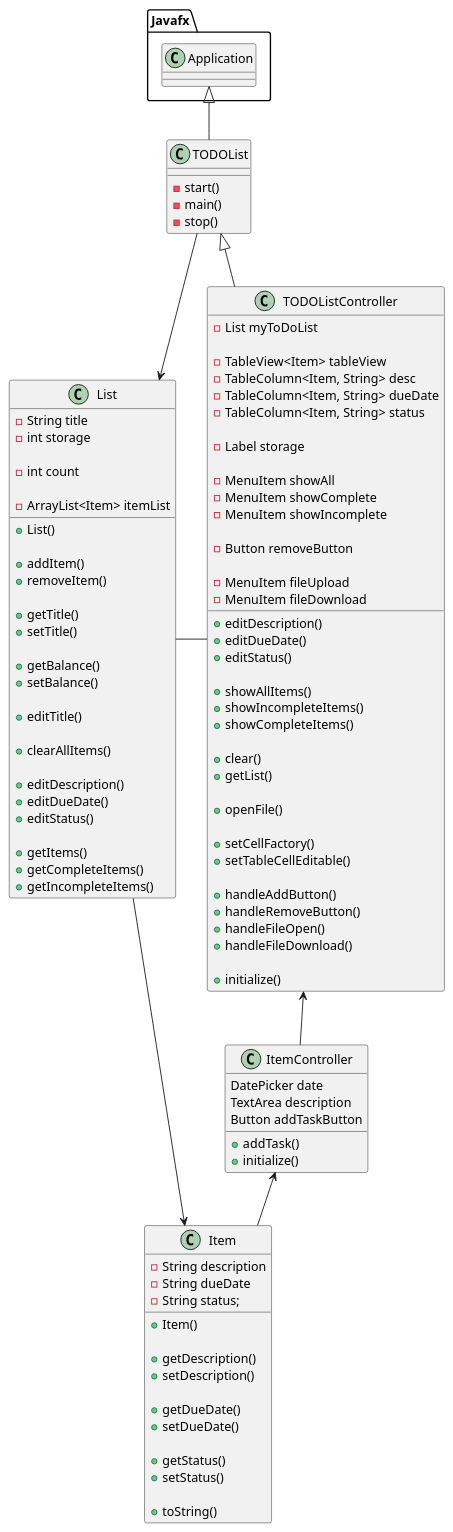
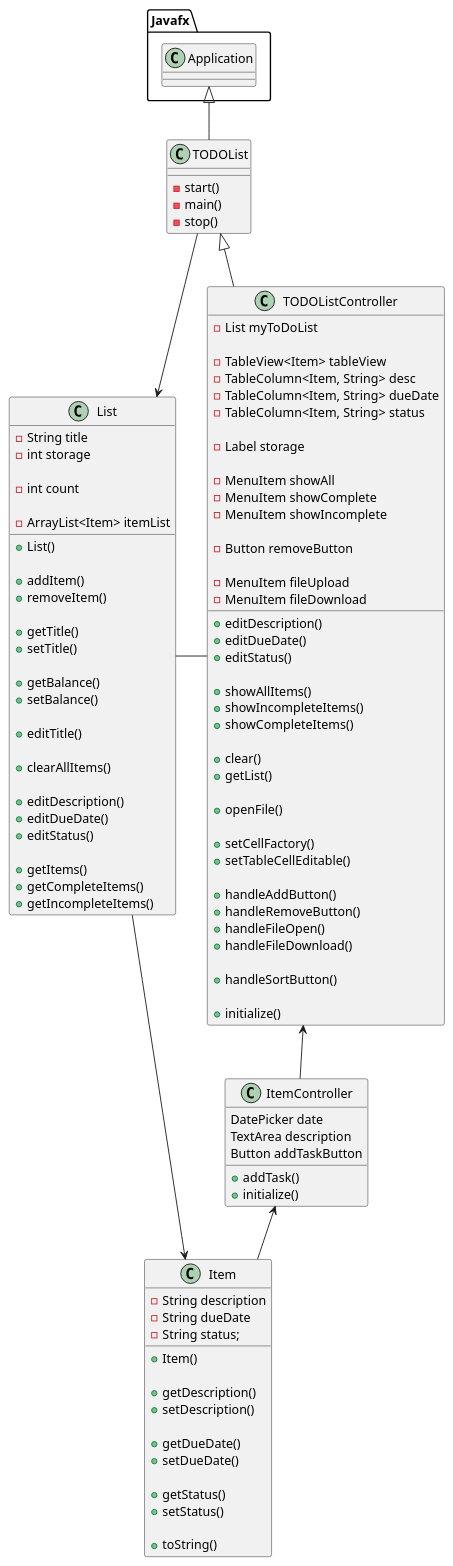
Before and after one commit to annbinus/To-Do-App: the diagram in uml/ListClasses.puml, drawn with PlantUML.

Commit message:
Final Update

```diff
--- a/uml/ListClasses.puml
+++ b/uml/ListClasses.puml
@@ -1,134 +1,136 @@
 @startuml
 'https://plantuml.com/class-diagram
 
 class TODOList{
 -start()
 -main()
 -stop()
 }
 
 class TODOListController{
 
 -List myToDoList
 
 -TableView<Item> tableView
 -TableColumn<Item, String> desc
 -TableColumn<Item, String> dueDate
 -TableColumn<Item, String> status
 
 -Label storage
 
 -MenuItem showAll
 -MenuItem showComplete
 -MenuItem showIncomplete
 
 -Button removeButton
 
 -MenuItem fileUpload
 -MenuItem fileDownload
 
 +editDescription()
 +editDueDate()
 +editStatus()
 
 +showAllItems()
 +showIncompleteItems()
 +showCompleteItems()
 
 +clear()
 +getList()
 
 +openFile()
 
 +setCellFactory()
 +setTableCellEditable()
 
 +handleAddButton()
 +handleRemoveButton()
 +handleFileOpen()
 +handleFileDownload()
+
++ handleSortButton()
 
 +initialize()
 
 }
 
 class List{
 
 -String title
 -int storage
 
 -int count
 
 -ArrayList<Item> itemList
 
 +List()
 
 +addItem()
 +removeItem()
 
 +getTitle()
 +setTitle()
 
 +getBalance()
 +setBalance()
 
 +editTitle()
 
 +clearAllItems()
 
 +editDescription()
 +editDueDate()
 +editStatus()
 
 +getItems()
 +getCompleteItems()
 +getIncompleteItems()
 
 }
 
 class Item{
 -String description
 -String dueDate
 -String status;
 
 +Item()
 
 +getDescription()
 +setDescription()
 
 +getDueDate()
 +setDueDate()
 
 +getStatus()
 +setStatus()
 
 +toString()
 
 }
 
 class ItemController{
 
 DatePicker date
 TextArea description
 Button addTaskButton
 
 +addTask()
 +initialize()
 
 }
 
 
 Javafx.Application <|-- TODOList
 
 TODOList <|-- TODOListController
 List - TODOListController
 
 TODOList --> List
 List --> Item
 
 TODOListController <-- ItemController
 ItemController <-- Item
 
 
 
 @enduml
```
